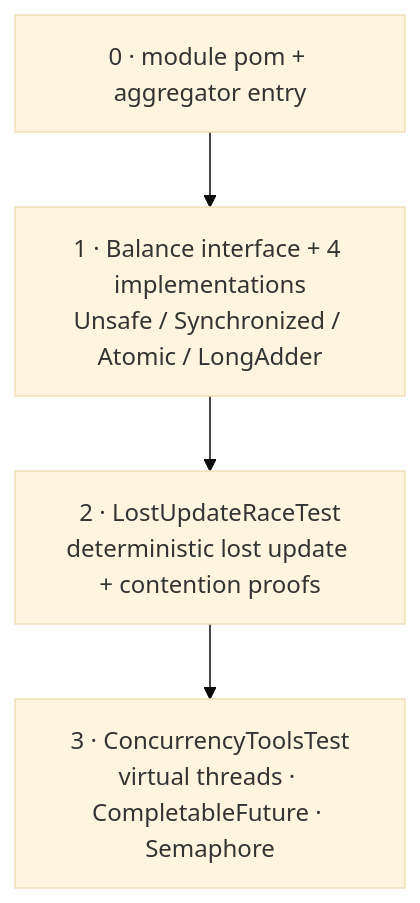
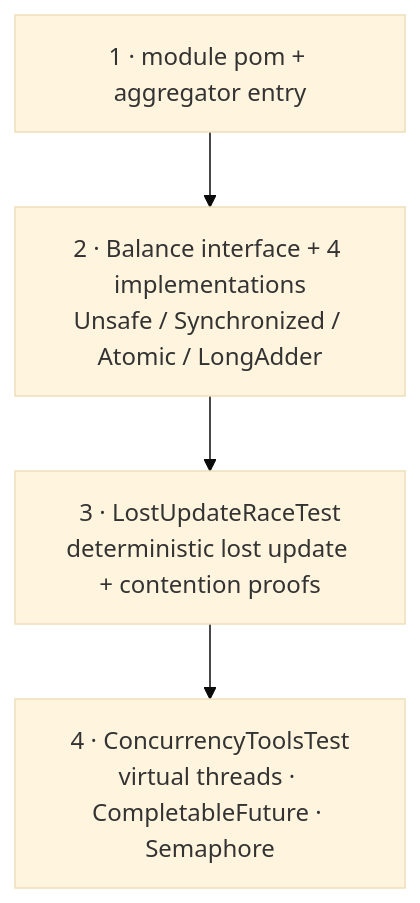
Before and after one commit to ramishtaha/build-a-bank: the fourth of 5 diagrams in steps/step-11/lesson.md, drawn with Mermaid (base theme). The commit also changed other lines of this file and 108 other files, not shown here.

````diff
--- a/steps/step-11/lesson.md
+++ b/steps/step-11/lesson.md
@@ -239,6 +281,6 @@
 ```mermaid
 flowchart TB
-    p["0 · module pom + aggregator entry"] --> b["1 · Balance interface + 4 implementations<br/>Unsafe / Synchronized / Atomic / LongAdder"]
-    b --> r["2 · LostUpdateRaceTest<br/>deterministic lost update + contention proofs"]
-    r --> t["3 · ConcurrencyToolsTest<br/>virtual threads · CompletableFuture · Semaphore"]
+    p["1 · module pom + aggregator entry"] --> b["2 · Balance interface + 4 implementations<br/>Unsafe / Synchronized / Atomic / LongAdder"]
+    b --> r["3 · LostUpdateRaceTest<br/>deterministic lost update + contention proofs"]
+    r --> t["4 · ConcurrencyToolsTest<br/>virtual threads · CompletableFuture · Semaphore"]
 ```
````
